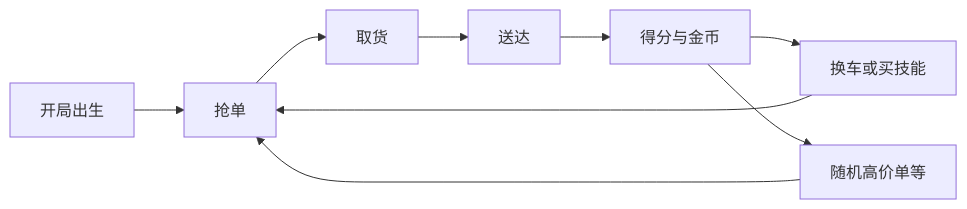
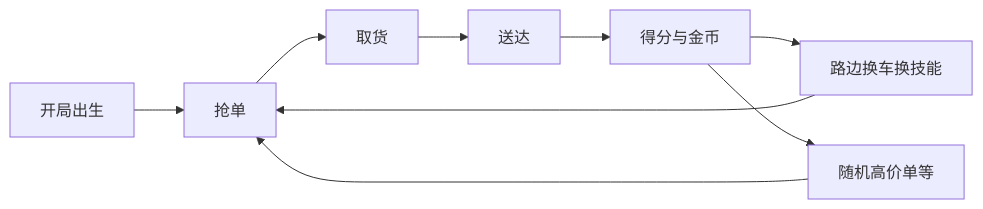
One commit to pikachu-cxy/Express-delivery changed the diagram in docs/PRD.md. Above: the diagram before and after it, drawn with Mermaid. The commit also changed other lines of this file and 12 other files, not shown here.

````diff
--- a/docs/PRD.md
+++ b/docs/PRD.md
@@ -112,11 +113,11 @@
 ```mermaid
 flowchart LR
   spawn[开局出生] --> claim[抢单]
   claim --> pickup[取货]
   pickup --> deliver[送达]
   deliver --> reward[得分与金币]
-  reward --> upgrade[换车或买技能]
+  reward --> upgrade[路边换车换技能]
   upgrade --> claim
   reward --> event[随机高价单等]
   event --> claim
 ```
````
